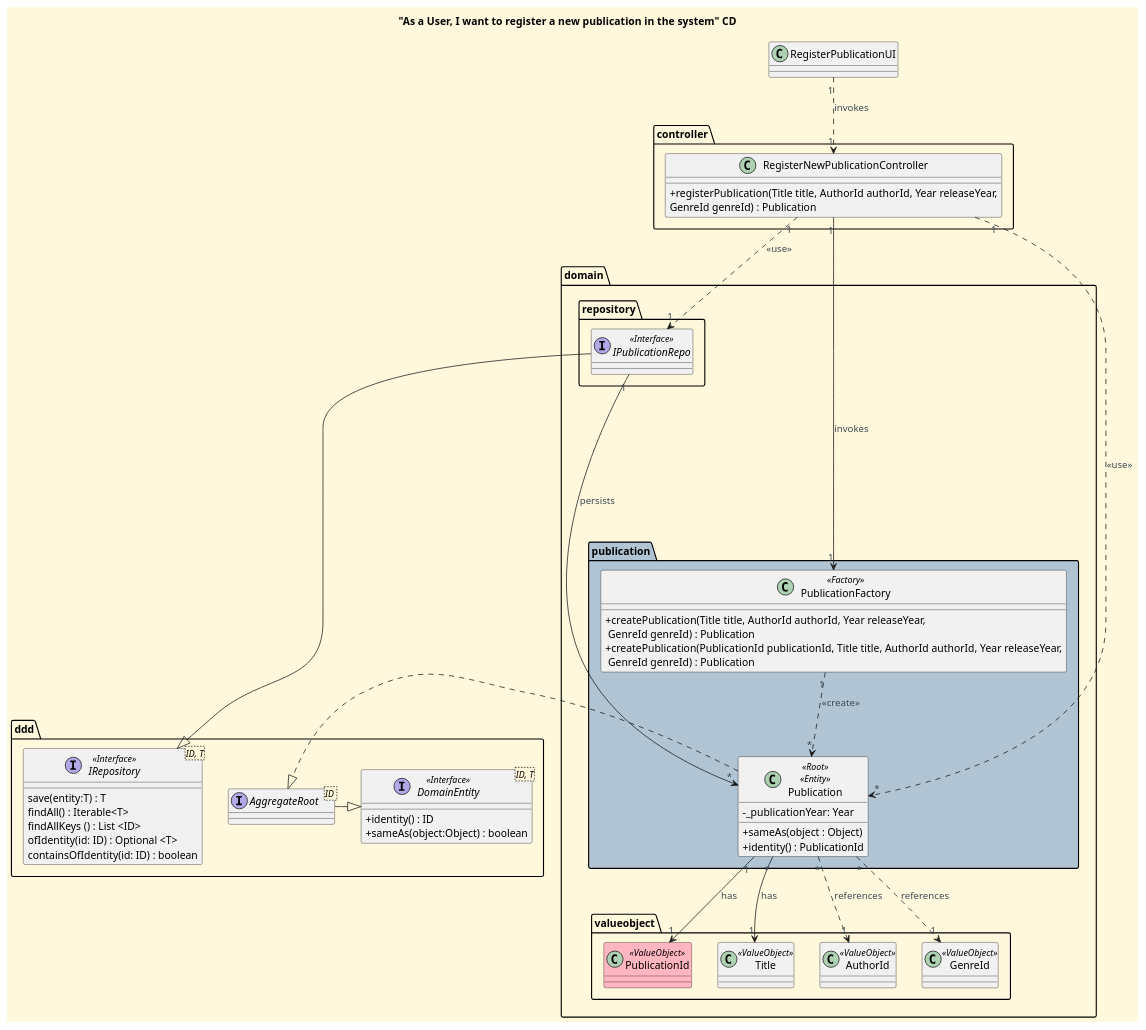
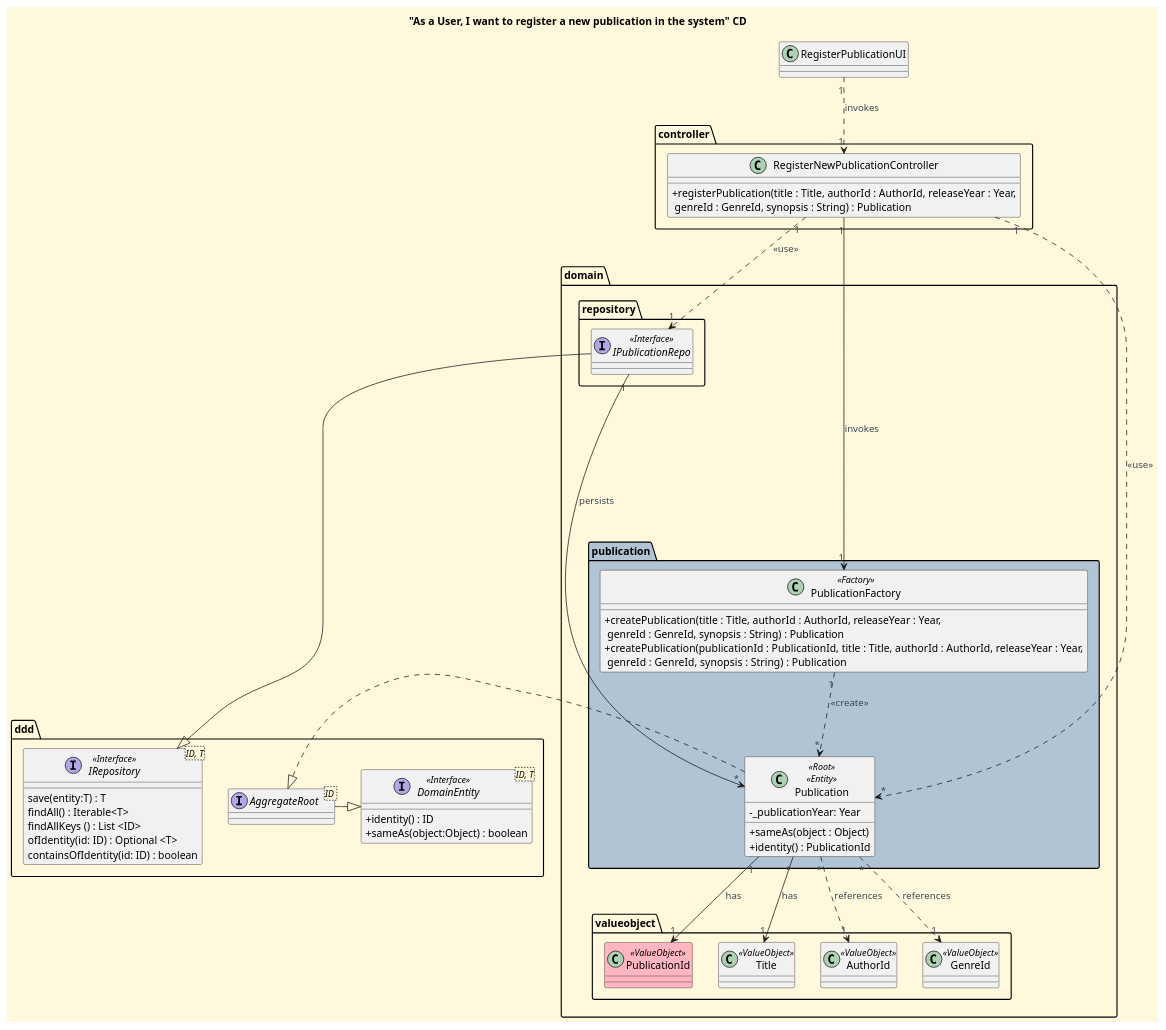
Before and after one commit to CarolinaLeite-collab/JavaMarketplacePlatform: the diagram in docs/functionalities/user/register-new-publication/Register_New_Publication_CD.puml, drawn with PlantUML. The commit also changed 3 other files, not shown here.

Commit message:
docs: updated Register New Publication CD, SSD and SD diagrams to include synopsis field - refs #1159

```diff
--- a/docs/functionalities/user/register-new-publication/Register_New_Publication_CD.puml
+++ b/docs/functionalities/user/register-new-publication/Register_New_Publication_CD.puml
@@ -1,102 +1,102 @@
 @startuml
 'https://plantuml.com/class-diagram
 title "As a User, I want to register a new publication in the system" CD
 
 '==== basic style ====
 skinparam monochrome false
 skinparam shadowing false
 skinparam defaultFontName Futura
 skinparam objectFontSize 20
 skinparam backgroundColor CornSilk
 skinparam objectBackgroundColor WhiteSmoke
 skinparam noteBackgroundColor #FFFFE0
 skinparam ArrowFontColor #3B4953
 skinparam ActivationBackgroundColor black
 skinparam classAttributeIconSize 0
 
 '==== classes ====
 class RegisterPublicationUI {}
 
 package "controller" {
 class RegisterNewPublicationController {
-  + registerPublication(Title title, AuthorId authorId, Year releaseYear,\nGenreId genreId) : Publication
+  + registerPublication(title : Title, authorId : AuthorId, releaseYear : Year,\n genreId : GenreId, synopsis : String) : Publication
 }
 }
 
 package "domain"{
 
     package "valueobject"{
         class PublicationId <<ValueObject>> #lightpink {
         }
         class Title <<ValueObject>>{
         }
         class AuthorId <<ValueObject>>{
         }
         class GenreId <<ValueObject>>{
         }
     }
 
     package "repository" {
         interface IPublicationRepo <<Interface>> {
          }
     }
 
     package "publication" #b0c4d4 {
 
         class Publication  <<Root>> <<Entity>> {
             - _publicationYear: Year
              +sameAs(object : Object)
              +identity() : PublicationId
         }
 
         class PublicationFactory <<Factory>> {
-            + createPublication(Title title, AuthorId authorId, Year releaseYear,\n GenreId genreId) : Publication
-            + createPublication(PublicationId publicationId, Title title, AuthorId authorId, Year releaseYear,\n GenreId genreId) : Publication
+            + createPublication(title : Title, authorId : AuthorId, releaseYear : Year,\n genreId : GenreId, synopsis : String) : Publication
+            + createPublication(publicationId : PublicationId, title : Title, authorId : AuthorId, releaseYear : Year,\n genreId :  GenreId, synopsis : String) : Publication
         }
     }
 }
 
 
 
   package ddd {
 
        interface IRepository<ID, T> <<Interface>> {
           save(entity:T) : T
           findAll() : Iterable<T>
           findAllKeys () : List <ID>
           ofIdentity(id: ID) : Optional <T>
           containsOfIdentity(id: ID) : boolean
           }
 
        interface AggregateRoot <ID >{
                 }
         interface DomainEntity<ID, T> <<Interface>> {
                        +identity() : ID
                        +sameAs(object:Object) : boolean
                }
 
   }
 
 '==== relations ====
 RegisterPublicationUI "1" ..> "1" RegisterNewPublicationController : invokes
 
 RegisterNewPublicationController "1" ..> "1" IPublicationRepo: <<use>>
 RegisterNewPublicationController "1" ..> "*" Publication : <<use>>
 
 RegisterNewPublicationController "1" ---> "1" PublicationFactory : invokes
 IPublicationRepo "1" -----> "*" Publication : persists
 
 PublicationFactory "1" ..> "*" Publication : <<create>>
 
 
 Publication "1" --> "1" PublicationId: has
 Publication "*" ..> "1" AuthorId : references
 Publication "*" --> "1" Title : has
 Publication "*" ..> "1" GenreId : references
 
 IPublicationRepo --|> IRepository
 
 AggregateRoot -|> DomainEntity
 Publication .|> AggregateRoot
 
 @enduml
```
